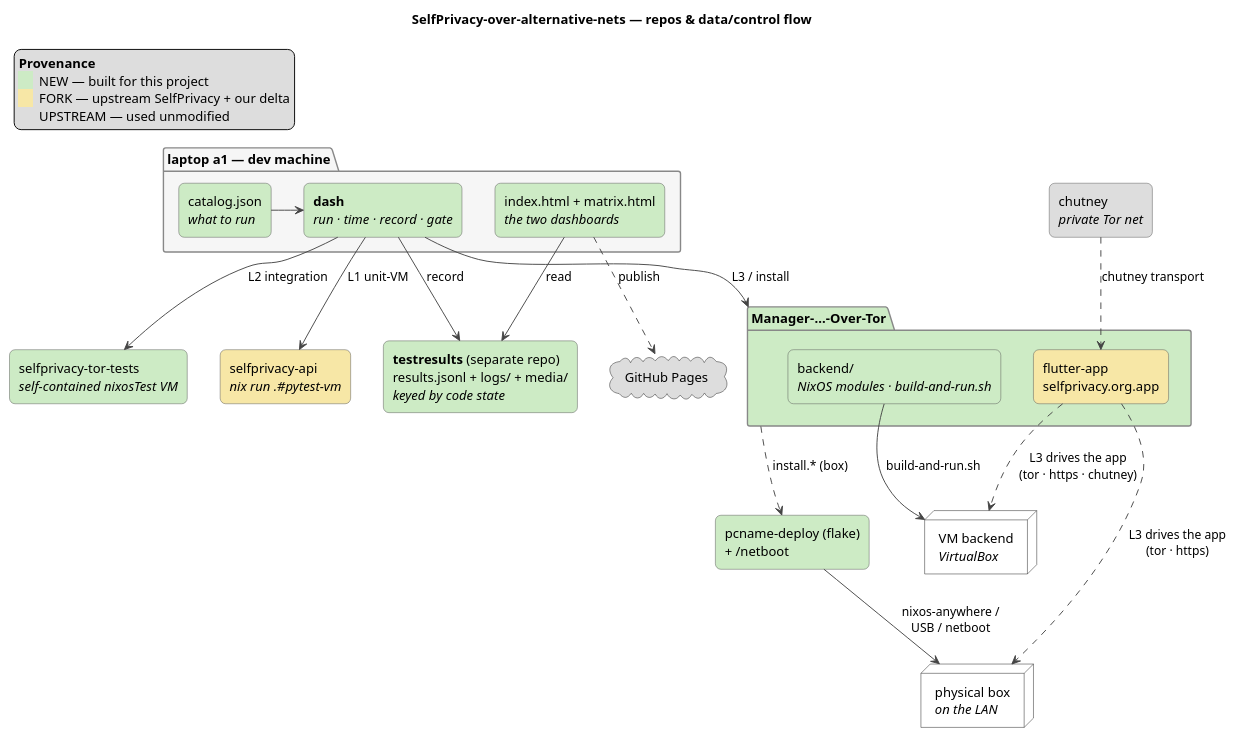
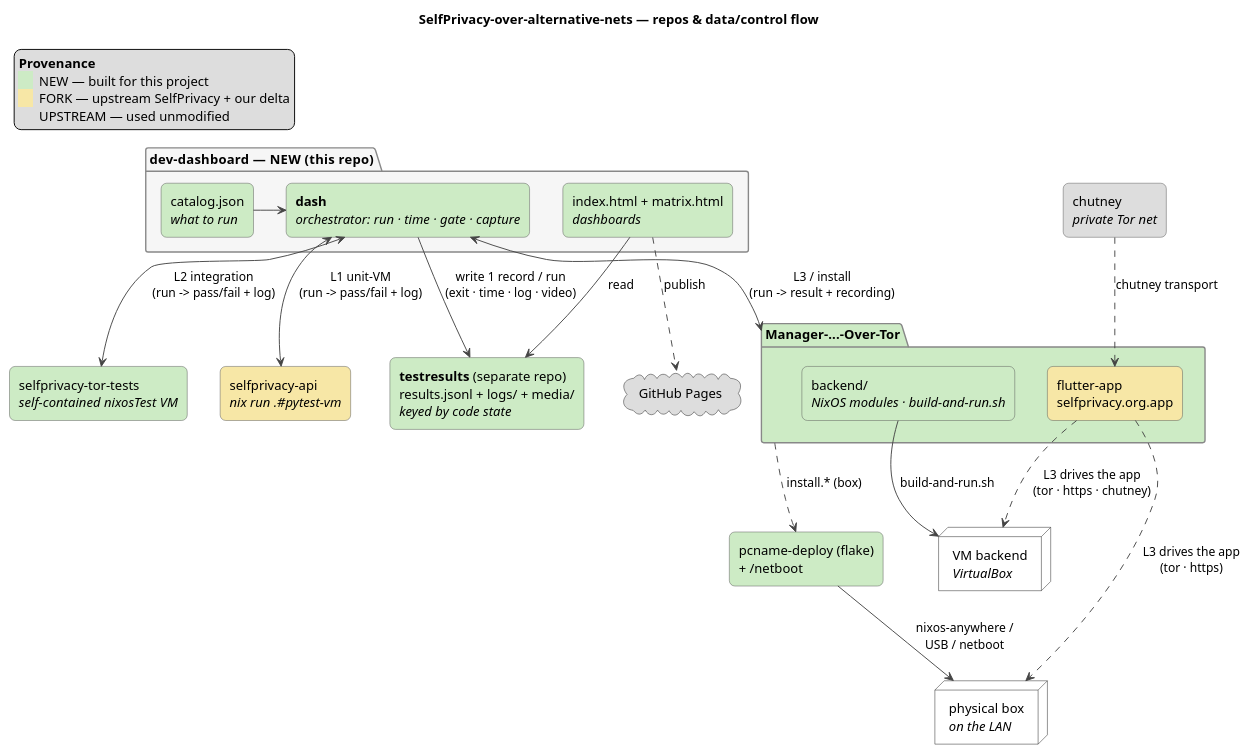
Before and after one commit to selfprivacy-over-alternative-nets/dev-dashboard: the diagram in docs/architecture.puml, drawn with PlantUML. The commit also changed 1 other file, not shown here.

Commit message:
docs(diagram): group nodes under the dev-dashboard repo + show results flowing back
Addresses two clarity gaps: (1) catalog/dash/dashboards are now grouped in a 'dev-dashboard
(NEW, this repo)' package, so it's clear they're one orchestrator repo, not peer repos; (2)
the L1/L2/L3 arrows are bidirectional — dev-dashboard RUNS each target (api / tor-tests / app)
and CAPTURES its pass/fail + log/video, then writes one record per run to testresults. Makes
explicit how e.g. selfprivacy-tor-tests' output reaches testresults (via dev-dashboard, which
records it — the test repo never writes results itself).

```diff
--- a/docs/architecture.puml
+++ b/docs/architecture.puml
@@ -1,62 +1,63 @@
 @startuml architecture
 ' SelfPrivacy-over-alternative-nets — repos and how they connect.
 ' Rendered deterministically to architecture.svg by docs/render-diagrams.sh (pinned plantuml).
 title SelfPrivacy-over-alternative-nets — repos & data/control flow
 
 skinparam shadowing false
 skinparam defaultFontName Helvetica
 skinparam ArrowColor #444444
 skinparam rectangle {
   BorderColor #555555
   roundCorner 12
 }
 skinparam package {
   BorderColor #888888
   BackgroundColor #F6F6F6
 }
 
 legend top left
 <b>Provenance</b>
 <back:#CDEBC5>    </back>  NEW — built for this project
 <back:#F7E7A6>    </back>  FORK — upstream SelfPrivacy + our delta
 <back:#DDDDDD>    </back>  UPSTREAM — used unmodified
 endlegend
 
-package "laptop a1 — dev machine" {
+package "dev-dashboard  —  NEW (this repo)" {
   rectangle "catalog.json\n<i>what to run</i>" as cat #CDEBC5
-  rectangle "<b>dash</b>\n<i>run · time · record · gate</i>" as dash #CDEBC5
-  rectangle "index.html + matrix.html\n<i>the two dashboards</i>" as ui #CDEBC5
+  rectangle "<b>dash</b>\n<i>orchestrator: run · time · gate · capture</i>" as dash #CDEBC5
+  rectangle "index.html + matrix.html\n<i>dashboards</i>" as ui #CDEBC5
 }
 
 rectangle "<b>testresults</b> (separate repo)\nresults.jsonl + logs/ + media/\n<i>keyed by code state</i>" as tr #CDEBC5
 cloud "GitHub Pages" as pages #DDDDDD
 
 cat -right-> dash
-dash --> tr : record
+dash --> tr : write 1 record / run\n(exit · time · log · video)
 ui --> tr : read
 ui ..> pages : publish
 
 package "Manager-...-Over-Tor" as mgr #CDEBC5 {
   rectangle "backend/\n<i>NixOS modules · build-and-run.sh</i>" as backend #CDEBC5
   rectangle "flutter-app\nselfprivacy.org.app" as app #F7E7A6
 }
 rectangle "selfprivacy-api\n<i>nix run .#pytest-vm</i>" as api #F7E7A6
 rectangle "selfprivacy-tor-tests\n<i>self-contained nixosTest VM</i>" as tests #CDEBC5
 
-dash --> api    : L1 unit-VM
-dash --> tests  : L2 integration
-dash --> mgr    : L3 / install
+' dev-dashboard RUNS each target and CAPTURES its result (exit/log/video) → then writes the record.
+dash <--> api    : L1 unit-VM\n(run -> pass/fail + log)
+dash <--> tests  : L2 integration\n(run -> pass/fail + log)
+dash <--> mgr    : L3 / install\n(run -> result + recording)
 
 node "VM backend\n<i>VirtualBox</i>" as vm #FFFFFF
 node "physical box\n<i>on the LAN</i>" as box #FFFFFF
 rectangle "pcname-deploy (flake)\n+ ~/netboot" as deploy #CDEBC5
 rectangle "chutney\n<i>private Tor net</i>" as chut #DDDDDD
 
 backend --> vm   : build-and-run.sh
 deploy  --> box  : nixos-anywhere /\nUSB / netboot
 mgr     ..> deploy : install.* (box)
 app ..> vm       : L3 drives the app\n(tor · https · chutney)
 app ..> box      : L3 drives the app\n(tor · https)
 chut ..> app     : chutney transport
 
 @enduml
```
